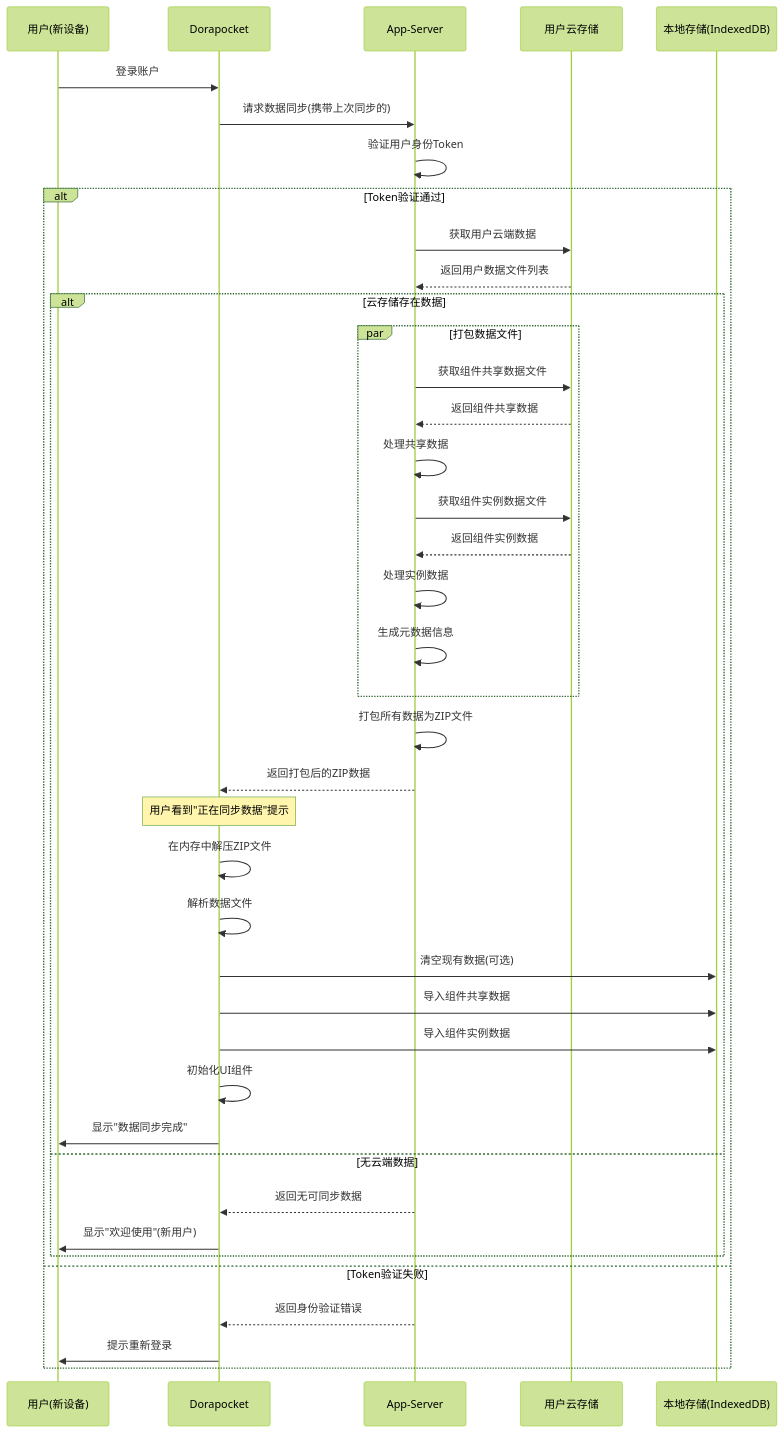
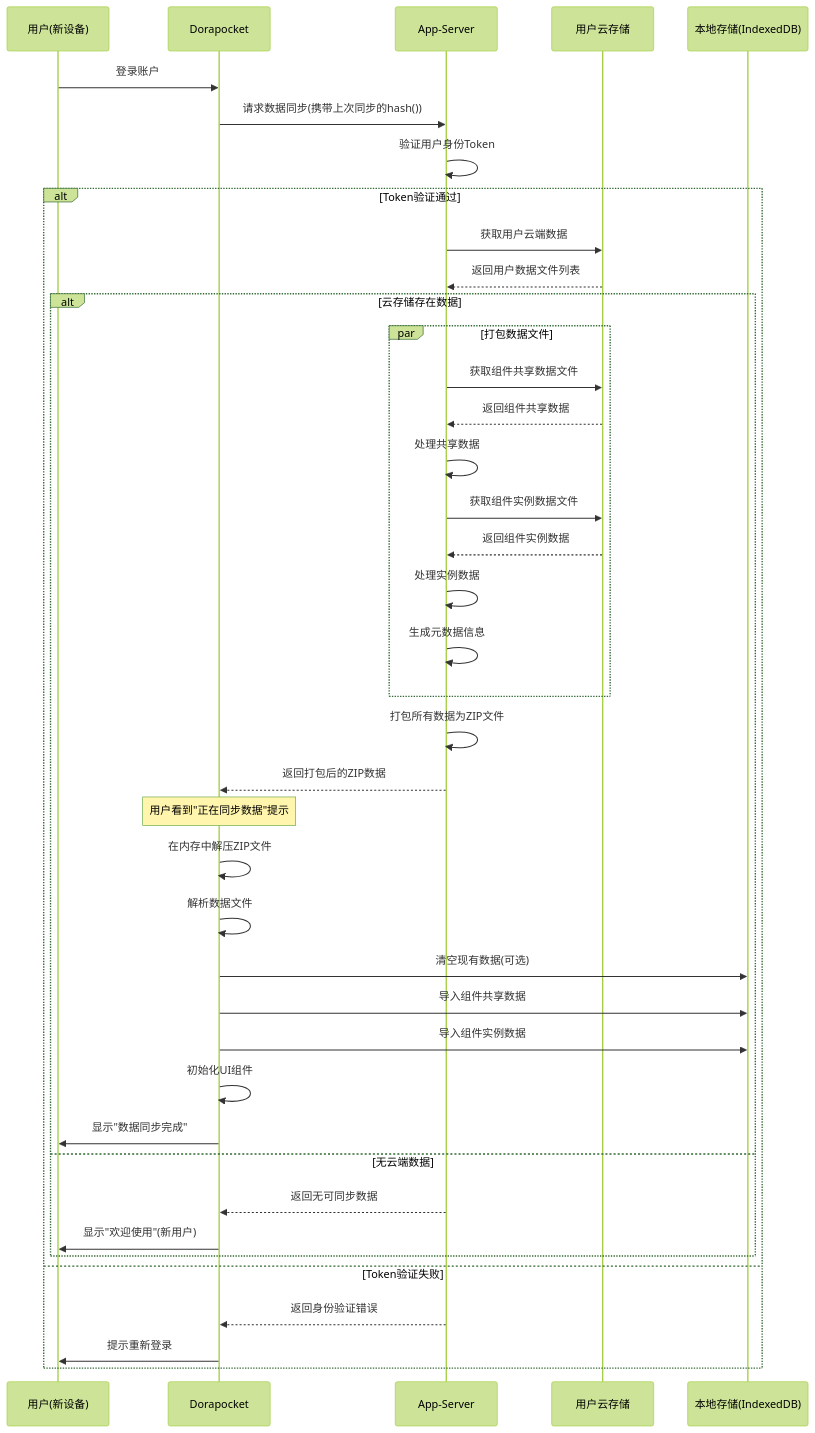
The diagram in all/未命名-38.md (yingjianzh/iodraw-files), drawn with Mermaid (forest theme) before and after one commit.

Commit message:
2025-04-21 13:56:39 update

````diff
--- a/all/未命名-38.md
+++ b/all/未命名-38.md
@@ -1,53 +1,53 @@
 ```mermaid
 sequenceDiagram
     participant User as 用户(新设备)
     participant App as Dorapocket
     participant AppServer as App-Server
     participant UserCloud as 用户云存储
     participant LocalDB as 本地存储(IndexedDB)
     
     User->>App: 登录账户
     
-    App->>AppServer: 请求数据同步(携带上次同步的)
+    App->>AppServer: 请求数据同步(携带上次同步的hash())
     AppServer->>AppServer: 验证用户身份Token
     
     alt Token验证通过
         AppServer->>UserCloud: 获取用户云端数据
         UserCloud-->>AppServer: 返回用户数据文件列表
         
         alt 云存储存在数据
             par 打包数据文件
                 AppServer->>UserCloud: 获取组件共享数据文件
                 UserCloud-->>AppServer: 返回组件共享数据
                 AppServer->>AppServer: 处理共享数据
                 
                 AppServer->>UserCloud: 获取组件实例数据文件
                 UserCloud-->>AppServer: 返回组件实例数据
                 AppServer->>AppServer: 处理实例数据
                 
                 AppServer->>AppServer: 生成元数据信息
             end
             
             AppServer->>AppServer: 打包所有数据为ZIP文件
             AppServer-->>App: 返回打包后的ZIP数据
             
             Note over App: 用户看到"正在同步数据"提示
             
             App->>App: 在内存中解压ZIP文件
             App->>App: 解析数据文件
             
             App->>LocalDB: 清空现有数据(可选)
             App->>LocalDB: 导入组件共享数据
             App->>LocalDB: 导入组件实例数据
             
             App->>App: 初始化UI组件
             App->>User: 显示"数据同步完成"
         else 无云端数据
             AppServer-->>App: 返回无可同步数据
             App->>User: 显示"欢迎使用"(新用户)
         end
     else Token验证失败
         AppServer-->>App: 返回身份验证错误
         App->>User: 提示重新登录
     end
 ```
````
